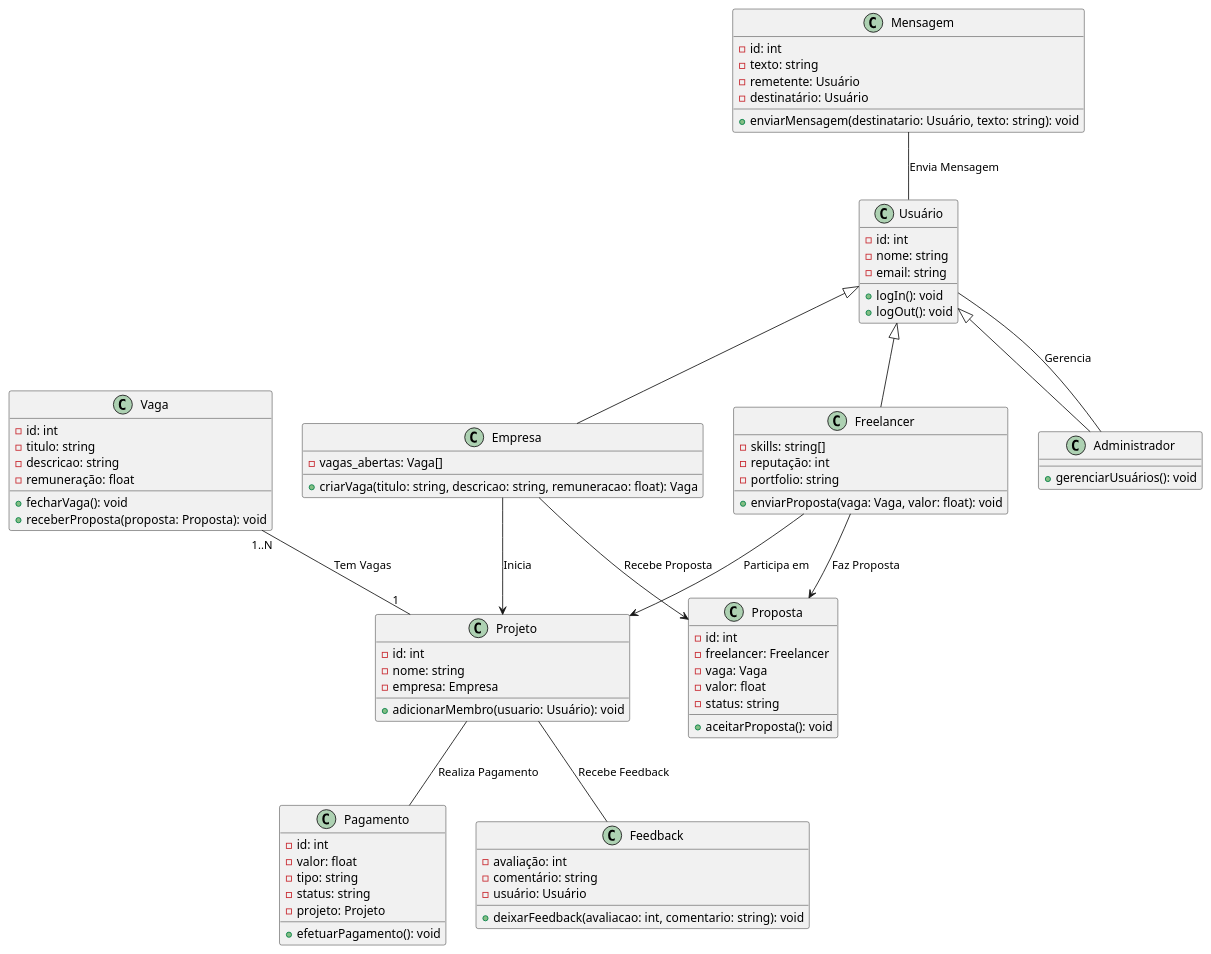
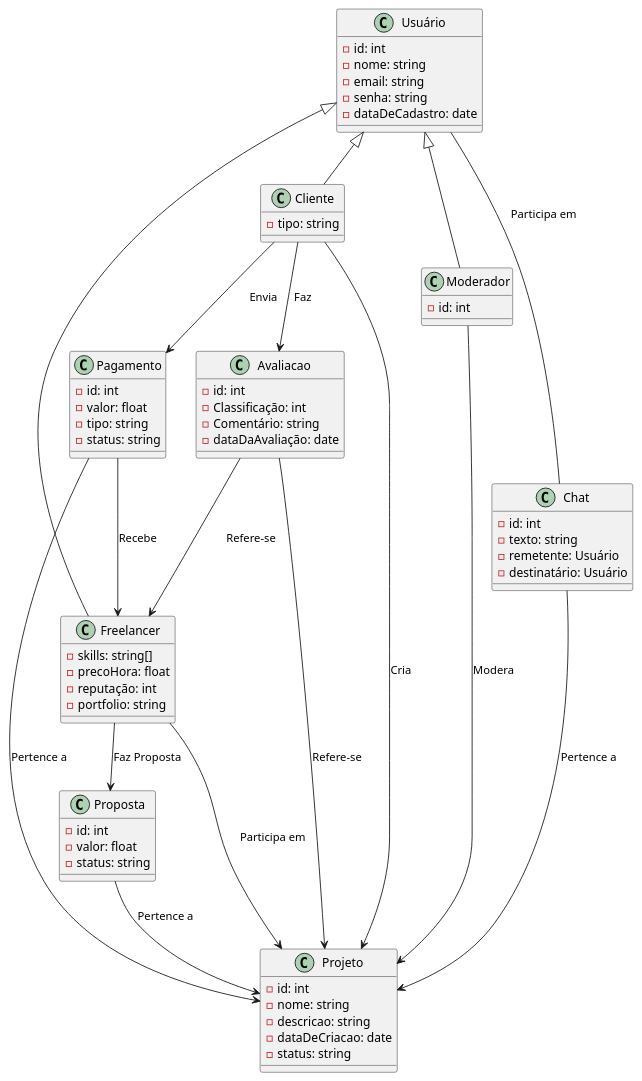
The diagram in docs/modelo_conceitual.puml (LucasNeiva/Eng-Software-II), drawn with PlantUML before and after one commit.

```diff
--- a/docs/modelo_conceitual.puml
+++ b/docs/modelo_conceitual.puml
@@ -1,91 +1,80 @@
 @startuml
 
 class Usuário {
   - id: int
   - nome: string
   - email: string
-  + logIn(): void
-  + logOut(): void
+  - senha: string
+  - dataDeCadastro: date
 }
 
 class Freelancer {
   - skills: string[]
+  - precoHora: float
   - reputação: int
   - portfolio: string
-  + enviarProposta(vaga: Vaga, valor: float): void
 }
 
-class Empresa {
-  - vagas_abertas: Vaga[]
-  + criarVaga(titulo: string, descricao: string, remuneracao: float): Vaga
+class Cliente {
+  - tipo: string
 }
 
-class Administrador {
-  + gerenciarUsuários(): void
-}
-
-class Vaga {
+class Moderador {
   - id: int
-  - titulo: string
-  - descricao: string
-  - remuneração: float
-  + fecharVaga(): void
-  + receberProposta(proposta: Proposta): void
 }
 
 class Proposta {
   - id: int
-  - freelancer: Freelancer
-  - vaga: Vaga
   - valor: float
   - status: string
-  + aceitarProposta(): void
 }
 
 class Projeto {
   - id: int
   - nome: string
-  - empresa: Empresa
-  + adicionarMembro(usuario: Usuário): void
+  - descricao: string
+  - dataDeCriacao: date
+  - status: string
 }
 
 class Pagamento {
   - id: int
   - valor: float
   - tipo: string
   - status: string
-  - projeto: Projeto
-  + efetuarPagamento(): void
 }
 
-class Mensagem {
+class Chat {
   - id: int
   - texto: string
   - remetente: Usuário
   - destinatário: Usuário
-  + enviarMensagem(destinatario: Usuário, texto: string): void
 }
 
-class Feedback {
-  - avaliação: int
-  - comentário: string
-  - usuário: Usuário
-  + deixarFeedback(avaliacao: int, comentario: string): void
+class Avaliacao {
+    - id: int
+    - Classificação: int
+    - Comentário: string
+    - dataDaAvaliação: date
 }
 
-Usuário <|-- Administrador
-Usuário <|-- Empresa
+Usuário <|-- Moderador
+Usuário <|-- Cliente
 Usuário <|-- Freelancer
 
+Avaliacao --> Freelancer: Refere-se
+Avaliacao --> Projeto: Refere-se
 
+Cliente --> Avaliacao: Faz
+Proposta --> Projeto: Pertence a
 Freelancer --> Proposta: Faz Proposta
-Empresa --> Proposta: Recebe Proposta
 Freelancer --> Projeto: Participa em
-Empresa --> Projeto: Inicia
-Administrador -- Usuário: Gerencia
-Projeto -- Pagamento: Realiza Pagamento
-Projeto -- Feedback: Recebe Feedback
-Mensagem -- Usuário: Envia Mensagem
-Vaga "1..N" -- "1" Projeto: Tem Vagas
+Cliente --> Projeto: Cria
+Chat --> Projeto: Pertence a
+Moderador --> Projeto: Modera
+Pagamento --> Projeto: Pertence a
+Cliente --> Pagamento: Envia
+Pagamento --> Freelancer: Recebe
 
+Usuário -- Chat: Participa em
 @enduml
```
